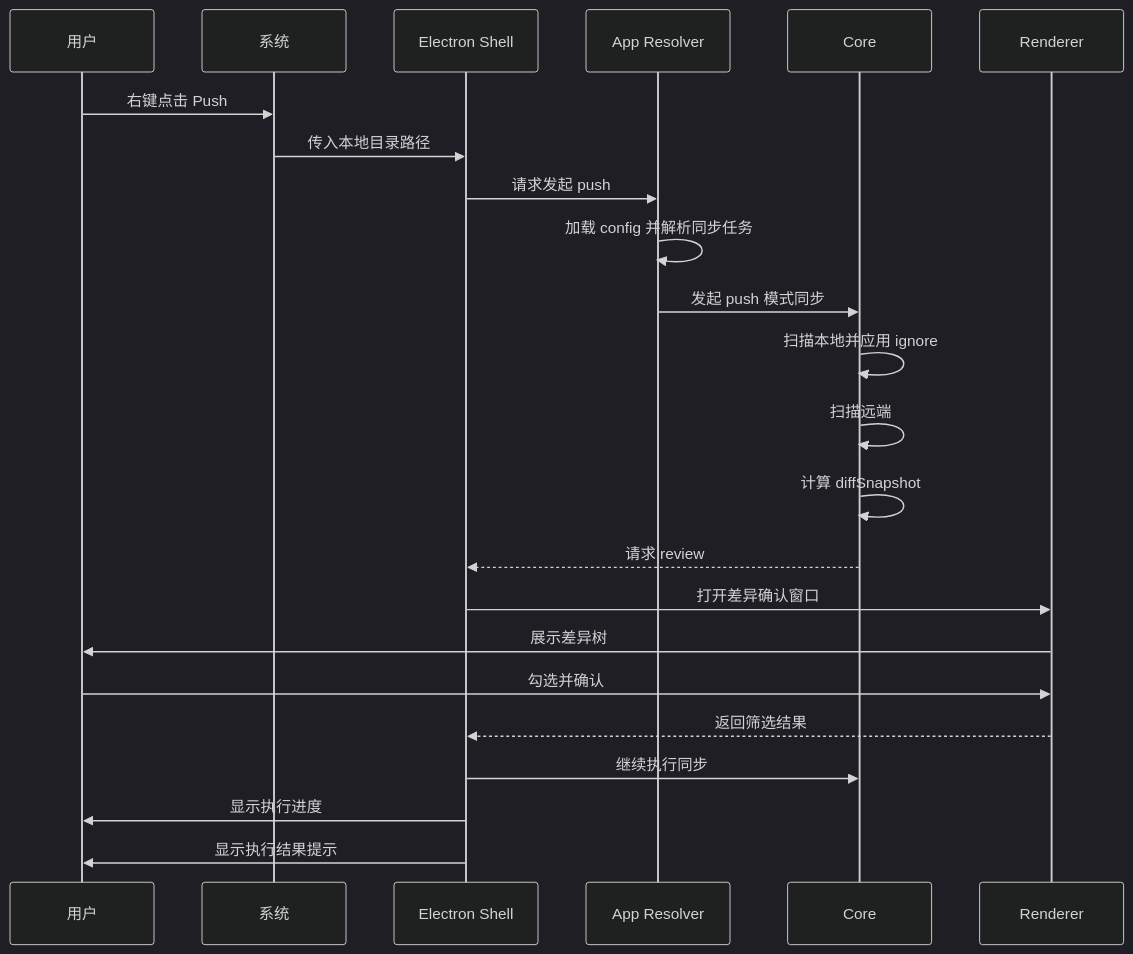
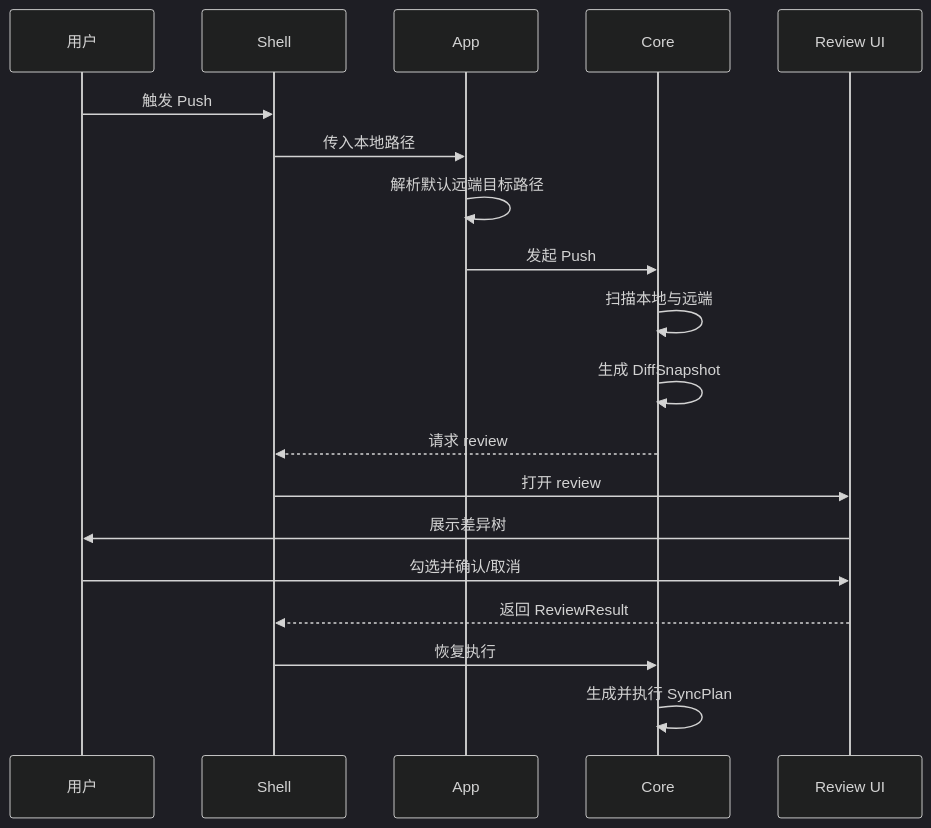
Before and after one commit to agalloch21/sync-with-rclone: the fourth of 9 diagrams in docs/Flows.md, drawn with Mermaid (dark theme). The commit also changed other lines of this file and 4 other files, not shown here.

````diff
--- a/docs/Flows.md
+++ b/docs/Flows.md
@@ -108,26 +72,22 @@
 ```mermaid
 sequenceDiagram
   participant U as 用户
-  participant OS as 系统
-  participant M as Electron Shell
-  participant A as App Resolver
+  participant S as Shell
+  participant A as App
   participant C as Core
-  participant R as Renderer
+  participant R as Review UI
 
-  U->>OS: 右键点击 Push
-  OS->>M: 传入本地目录路径
-  M->>A: 请求发起 push
-  A->>A: 加载 config 并解析同步任务
-  A->>C: 发起 push 模式同步
-  C->>C: 扫描本地并应用 ignore
-  C->>C: 扫描远端
-  C->>C: 计算 diffSnapshot
-  C-->>M: 请求 review
-  M->>R: 打开差异确认窗口
+  U->>S: 触发 Push
+  S->>A: 传入本地路径
+  A->>A: 解析默认远端目标路径
+  A->>C: 发起 Push
+  C->>C: 扫描本地与远端
+  C->>C: 生成 DiffSnapshot
+  C-->>S: 请求 review
+  S->>R: 打开 review
   R->>U: 展示差异树
-  U->>R: 勾选并确认
-  R-->>M: 返回筛选结果
-  M->>C: 继续执行同步
-  M->>U: 显示执行进度
-  M->>U: 显示执行结果提示
+  U->>R: 勾选并确认/取消
+  R-->>S: 返回 ReviewResult
+  S->>C: 恢复执行
+  C->>C: 生成并执行 SyncPlan
 ```
````
